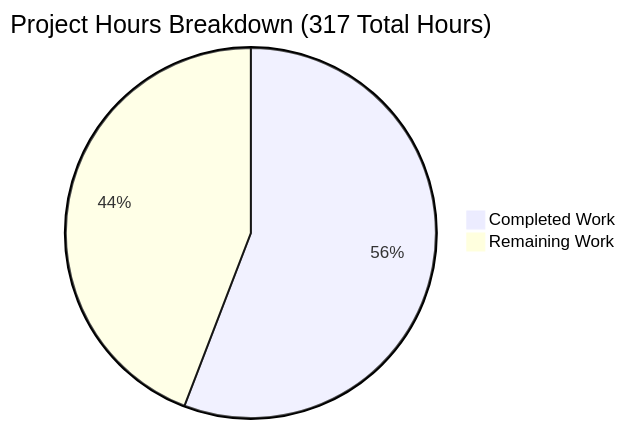
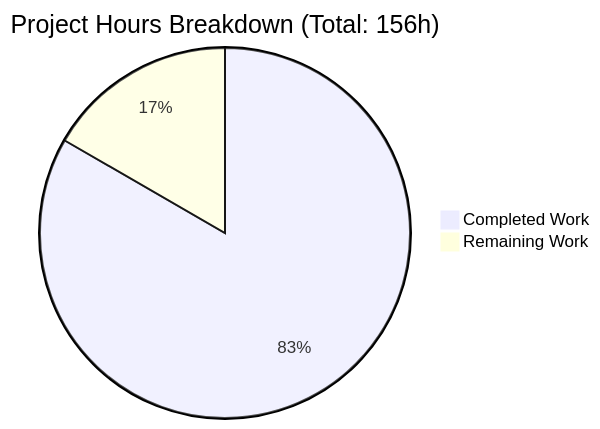
Before and after one commit to blitzy-public-samples/blitzy-nginx: the first of 2 diagrams in blitzy/documentation/Project Guide.md, drawn with Mermaid. The commit also changed other lines of this file, not shown here.

Commit message:
Adding Blitzy Project Guide: Project Status and Human Tasks Remaining

````diff
--- a/blitzy/documentation/Project Guide.md
+++ b/blitzy/documentation/Project Guide.md
@@ -53,5 +60,5 @@
 ```mermaid
-pie title Project Hours Breakdown (317 Total Hours)
-    "Completed Work" : 177
-    "Remaining Work" : 140
+pie title Project Hours Breakdown (Total: 156h)
+    "Completed Work" : 130
+    "Remaining Work" : 26
 ```
````
